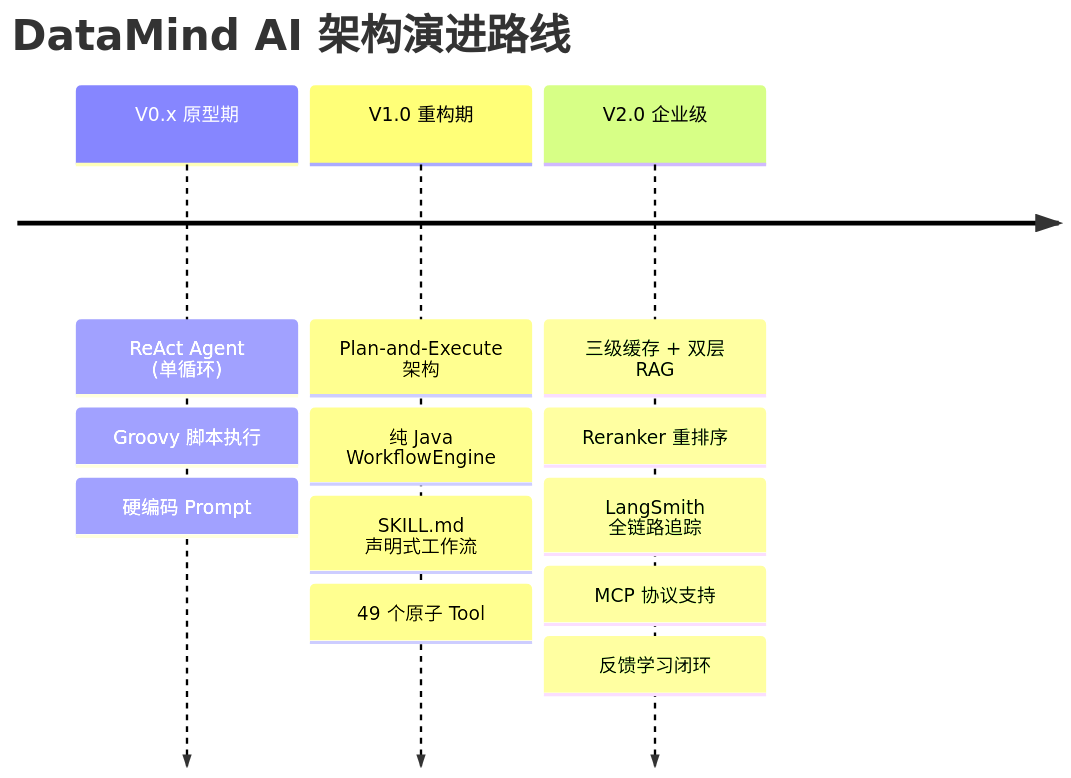
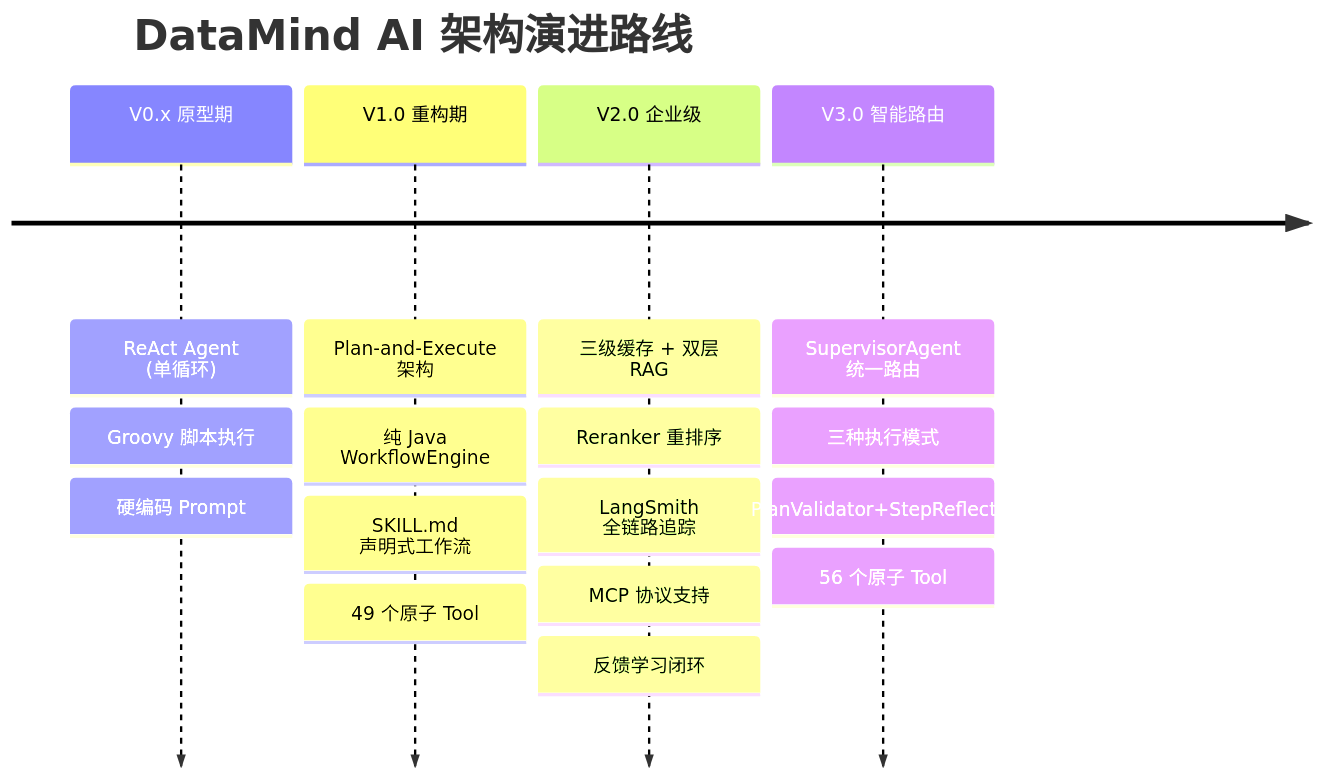
The fifth of 16 diagrams in README.md (myskyfire/NL2Sql), drawn with Mermaid before and after one commit. The commit also changed other lines of this file and 39 other files, not shown here.

````diff
--- a/README.md
+++ b/README.md
@@ -444,7 +445,8 @@
 ```mermaid
 timeline
     title DataMind AI 架构演进路线
     V0.x 原型期 : ReAct Agent (单循环) : Groovy 脚本执行 : 硬编码 Prompt
     V1.0 重构期 : Plan-and-Execute 架构 : 纯 Java WorkflowEngine : SKILL.md 声明式工作流 : 49 个原子 Tool
     V2.0 企业级 : 三级缓存 + 双层 RAG : Reranker 重排序 : LangSmith 全链路追踪 : MCP 协议支持 : 反馈学习闭环
+    V3.0 智能路由 : SupervisorAgent 统一路由 : 三种执行模式 : PlanValidator+StepReflector : 56 个原子 Tool
 ```
````
